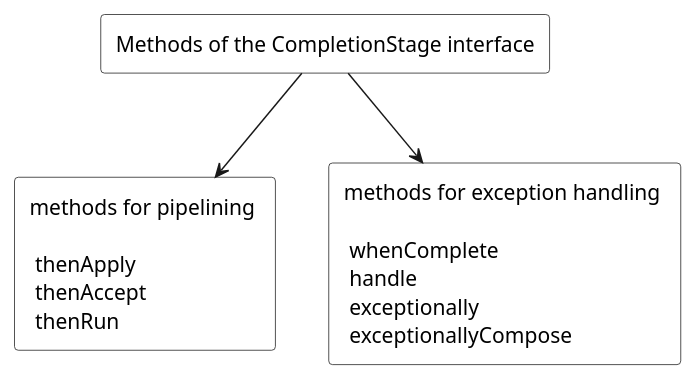
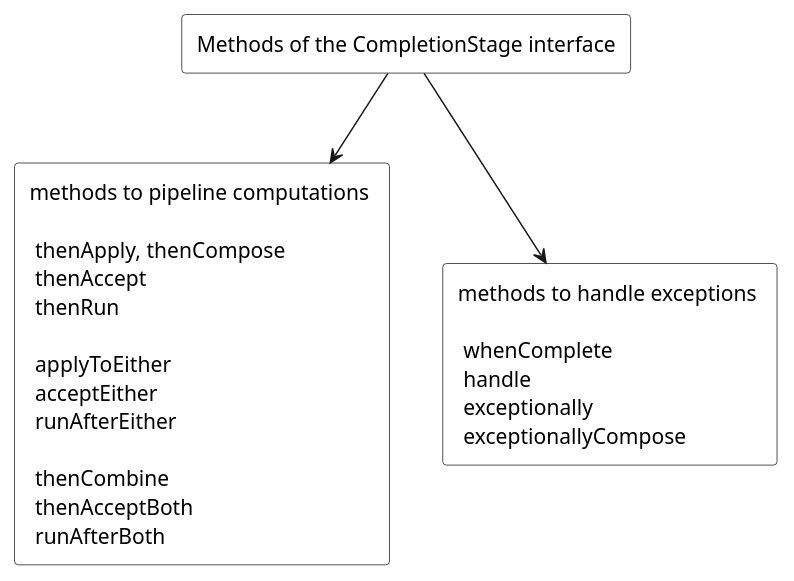
One commit to ti-cortex-m4/demo-java-completablefuture changed the diagram in images/methods of CompletionStage.puml. Above: the diagram before and after it, drawn with PlantUML. The commit also changed 6 other files, not shown here.

```diff
--- a/images/methods of CompletionStage.puml
+++ b/images/methods of CompletionStage.puml
@@ -1,14 +1,14 @@
 @startuml
 
 scale 1.0
 skinparam monochrome true
 skinparam RectangleBackgroundColor white
 
 rectangle "Methods of the CompletionStage interface" as Methods
-rectangle "methods for pipelining \n  \n thenApply \n thenAccept \n thenRun" as Pipelining
-rectangle "methods for exception handling \n  \n whenComplete \n handle \n exceptionally \n exceptionallyCompose" as ExceptionHandling
+rectangle "methods to pipeline computations \n  \n thenApply, thenCompose \n thenAccept \n thenRun \n\n applyToEither \n acceptEither \n runAfterEither \n\n thenCombine \n thenAcceptBoth \n runAfterBoth" as Pipelining
+rectangle "methods to handle exceptions \n  \n whenComplete \n handle \n exceptionally \n exceptionallyCompose" as ExceptionHandling
 
 Methods --> ExceptionHandling
 Methods --> Pipelining
 
 @enduml
```
